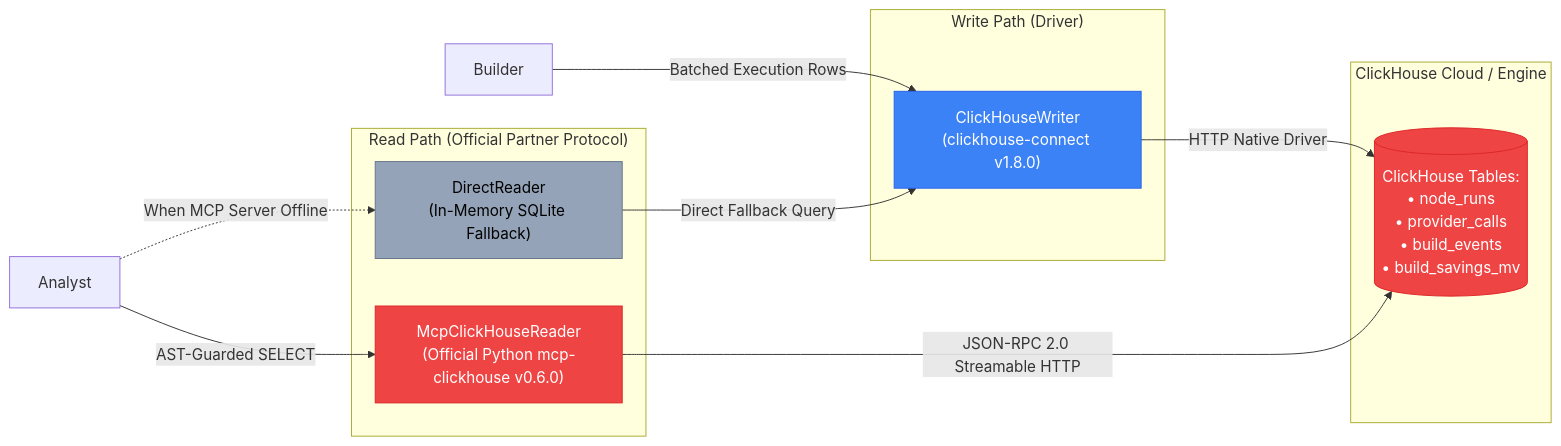
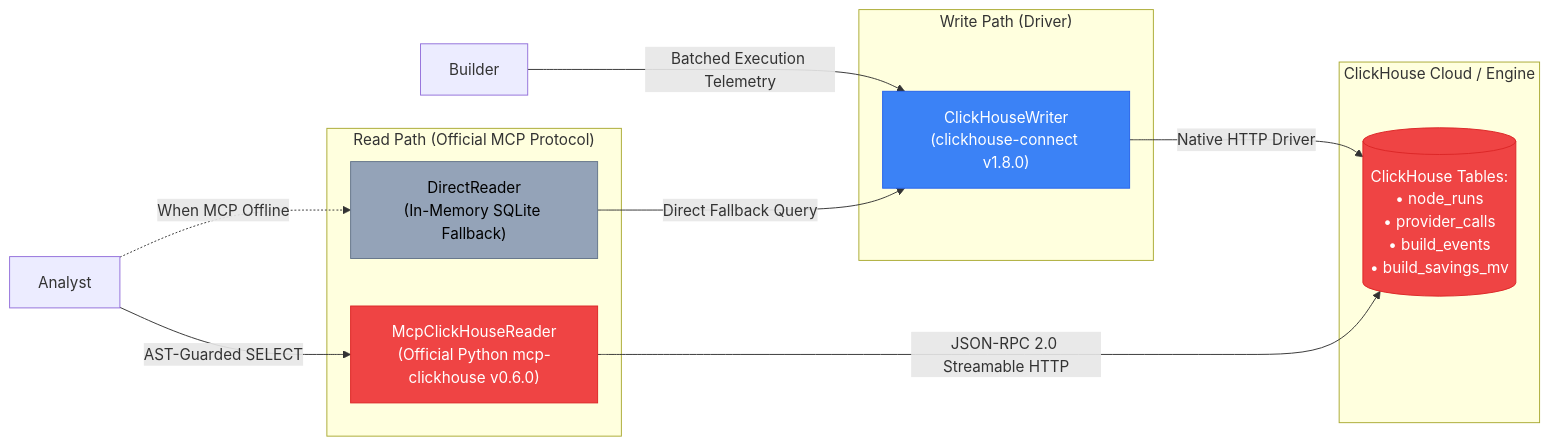
One commit to adetorojeremiahfadesayo/Conform changed the second of 2 diagrams in README.md. Above: the diagram before and after it, drawn with Mermaid. The commit also changed other lines of this file, not shown here.

````diff
--- a/README.md
+++ b/README.md
@@ -220,27 +237,27 @@
 ```mermaid
 graph LR
     subgraph "Write Path (Driver)"
         W["ClickHouseWriter<br/>(clickhouse-connect v1.8.0)"]
     end
 
-    subgraph "Read Path (Official Partner Protocol)"
+    subgraph "Read Path (Official MCP Protocol)"
         MCP["McpClickHouseReader<br/>(Official Python mcp-clickhouse v0.6.0)"]
         DR["DirectReader<br/>(In-Memory SQLite Fallback)"]
     end
 
     subgraph "ClickHouse Cloud / Engine"
         DB[("ClickHouse Tables:<br/>• node_runs<br/>• provider_calls<br/>• build_events<br/>• build_savings_mv")]
     end
 
-    Builder -->|"Batched Execution Rows"| W
-    W -->|"HTTP Native Driver"| DB
+    Builder -->|"Batched Execution Telemetry"| W
+    W -->|"Native HTTP Driver"| DB
     Analyst -->|"AST-Guarded SELECT"| MCP
     MCP -->|"JSON-RPC 2.0 Streamable HTTP"| DB
-    Analyst -.->|"When MCP Server Offline"| DR
+    Analyst -.->|"When MCP Offline"| DR
     DR -->|"Direct Fallback Query"| W
 
     style W fill:#3b82f6,stroke:#2563eb,color:#fff
     style MCP fill:#ef4444,stroke:#dc2626,color:#fff
     style DR fill:#94a3b8,stroke:#64748b,color:#000
     style DB fill:#ef4444,stroke:#dc2626,color:#fff
 ```
````
